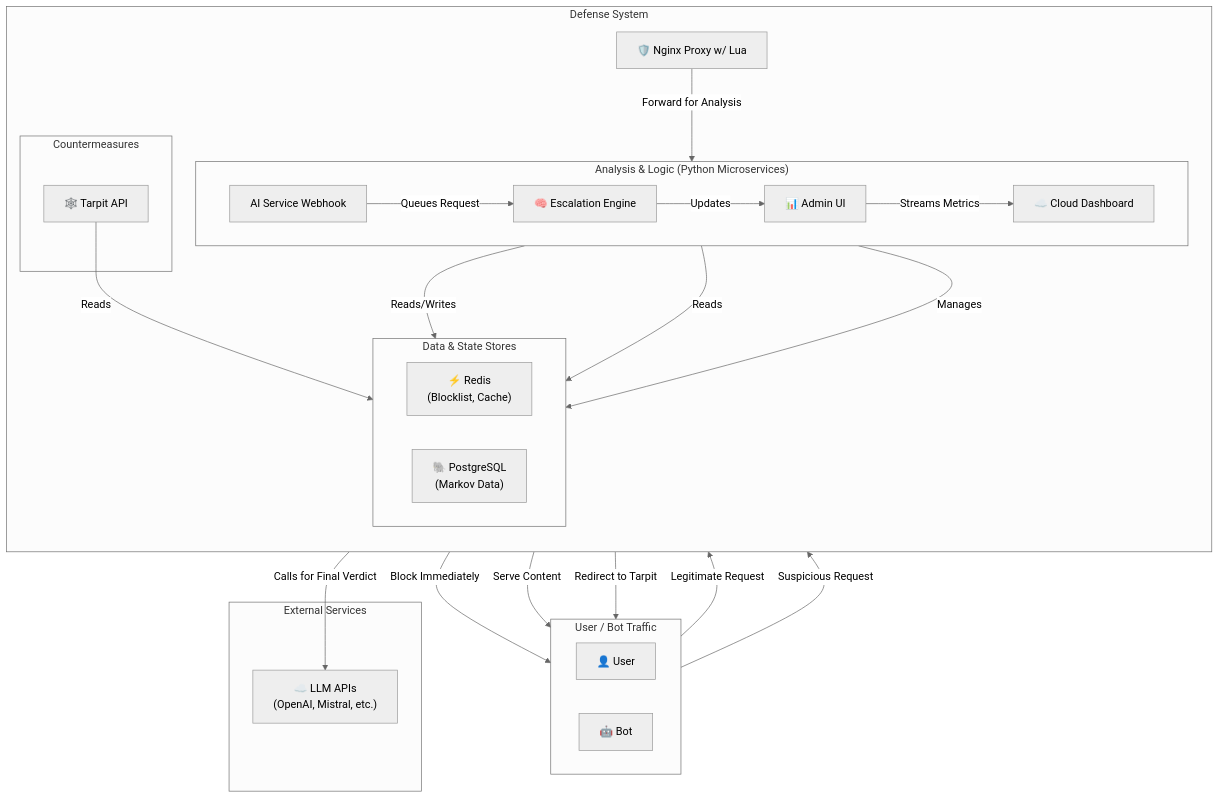
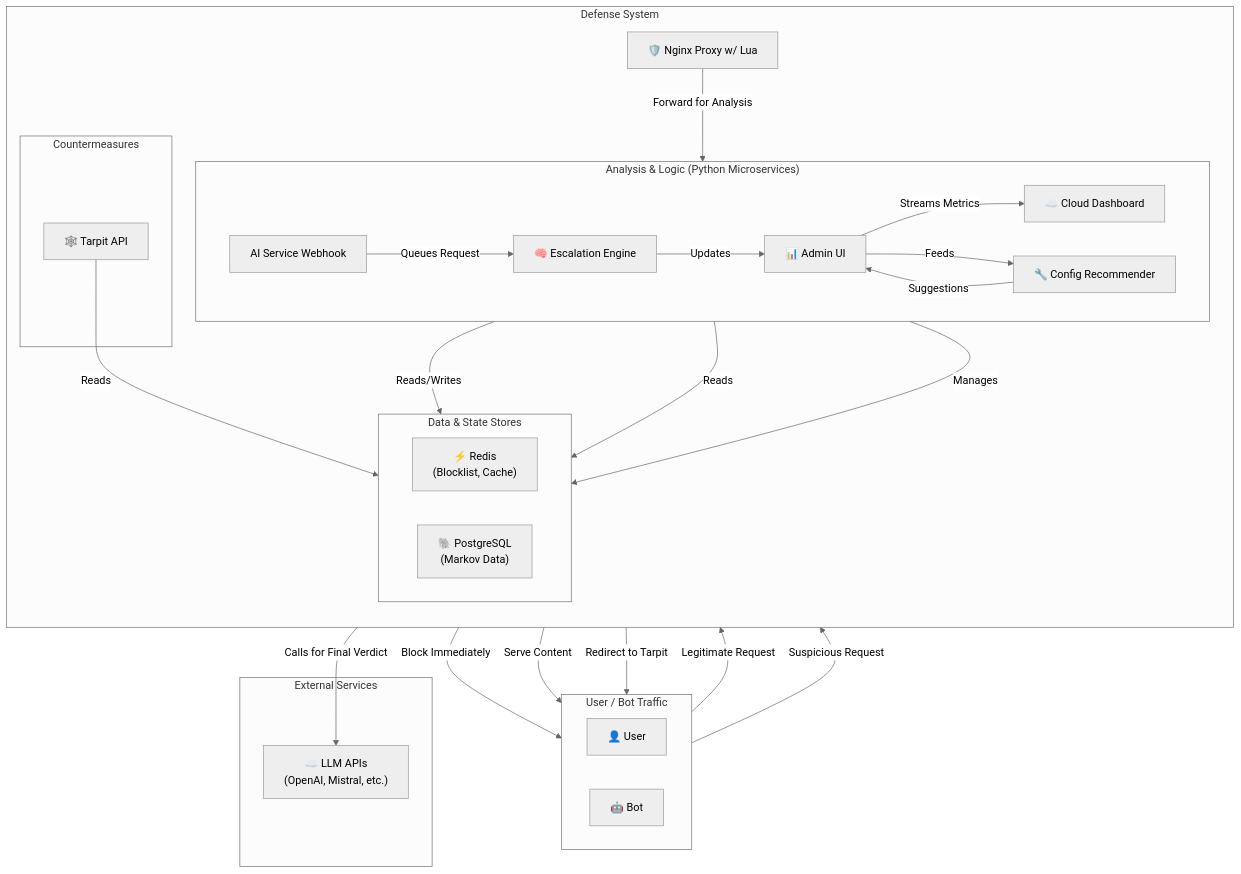
The first of 3 diagrams in docs/architecture.md (rhamenator/ai-scraping-defense), drawn with Mermaid (neutral theme) before and after one commit. The commit also changed other lines of this file and 9 other files, not shown here.

Commit message:
Add config recommender service

````diff
--- a/docs/architecture.md
+++ b/docs/architecture.md
@@ -30,54 +31,57 @@
 ```mermaid
 graph TD
     subgraph "User / Bot Traffic"
         direction LR
         User["👤 User"]
         Bot["🤖 Bot"]
     end
 
     subgraph "Defense System"
         direction TB
         Nginx["🛡️ Nginx Proxy w/ Lua"]
         
         subgraph "Analysis & Logic (Python Microservices)"
             direction LR
             AIService["AI Service Webhook"]
             EscalationEngine["🧠 Escalation Engine"]
             AdminUI["📊 Admin UI"]
             CloudDashboard["☁️ Cloud Dashboard"]
+            ConfigRecommender["🔧 Config Recommender"]
         end
 
         subgraph "Countermeasures"
             TarpitAPI["🕸️ Tarpit API"]
         end
 
         subgraph "Data & State Stores"
             direction LR
             Redis["⚡ Redis\n(Blocklist, Cache)"]
             Postgres["🐘 PostgreSQL\n(Markov Data)"]
         end
     end
     
     subgraph "External Services"
         LLM["☁️ LLM APIs\n(OpenAI, Mistral, etc.)"]
     end
 
     User -- "Legitimate Request" --> Nginx
     Bot -- "Suspicious Request" --> Nginx
 
     Nginx -- "Block Immediately" --> Bot
     Nginx -- "Forward for Analysis" --> AIService
     Nginx -- "Serve Content" --> User
     Nginx -- "Redirect to Tarpit" --> Bot
 
     AIService -- "Queues Request" --> EscalationEngine
     EscalationEngine -- "Reads/Writes" --> Redis
     EscalationEngine -- "Reads" --> Postgres
     EscalationEngine -- "Calls for Final Verdict" --> LLM
     EscalationEngine -- "Updates" --> AdminUI
     AdminUI -- "Streams Metrics" --> CloudDashboard
+    AdminUI -- "Feeds" --> ConfigRecommender
+    ConfigRecommender -- "Suggestions" --> AdminUI
 
     AdminUI -- "Manages" --> Redis
 
     TarpitAPI -- "Reads" --> Postgres
 ```
````
